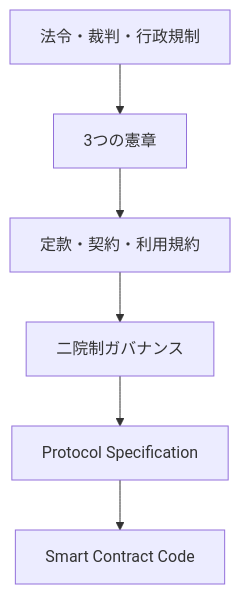
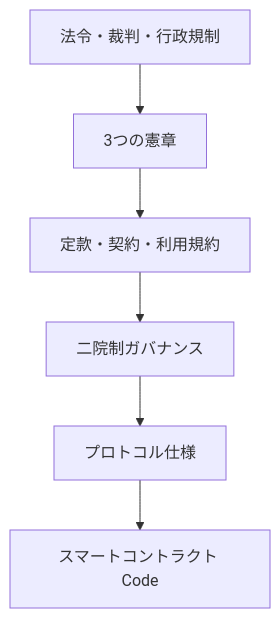
Before and after one commit to ShigeichiroYamasaki/creator-first-platform: the third of 45 diagrams in docs/whitepaper/11-legal-sto-tax.md, drawn with Mermaid. The commit also changed other lines of this file and 67 other files, not shown here.

````diff
--- a/docs/whitepaper/11-legal-sto-tax.md
+++ b/docs/whitepaper/11-legal-sto-tax.md
@@ -95,15 +95,15 @@
 ```mermaid
 flowchart TD
     LAW[法令・裁判・行政規制]
     CHARTER[3つの憲章]
     CONTRACT[定款・契約・利用規約]
     GOV[二院制ガバナンス]
-    SPEC[Protocol Specification]
-    CODE[Smart Contract Code]
+    SPEC[プロトコル仕様]
+    CODE[スマートコントラクト Code]
 
     LAW --> CHARTER
     CHARTER --> CONTRACT
     CONTRACT --> GOV
     GOV --> SPEC
     SPEC --> CODE
 ```
````
